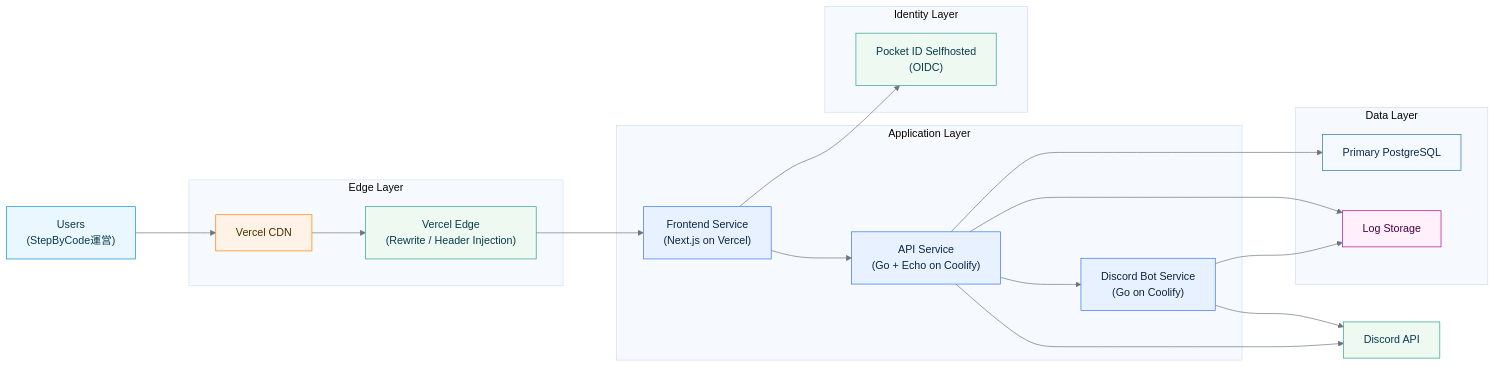
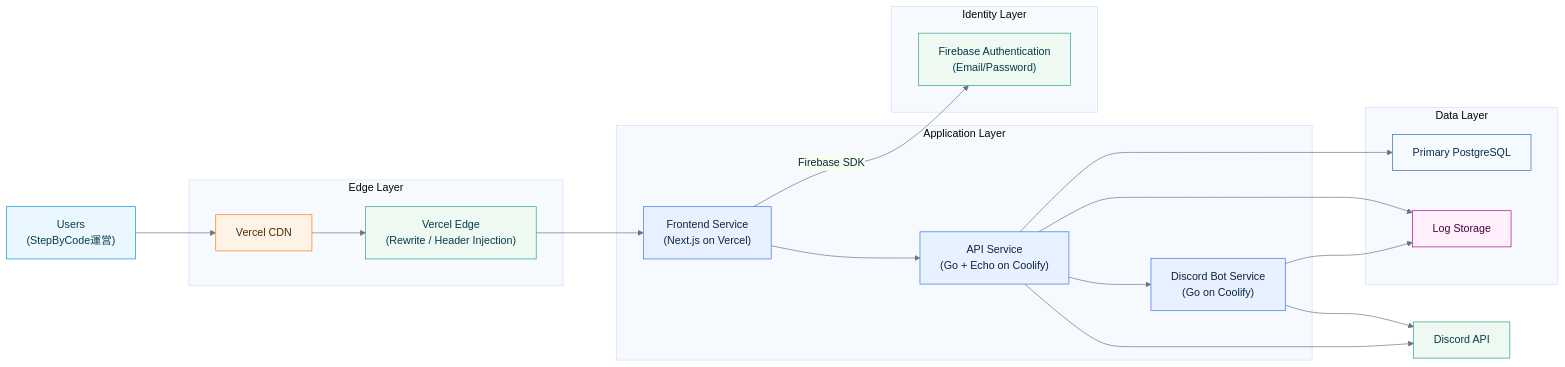
One commit to StepByCode/ashiato changed the diagram in doc/07_infrastructure.md. Above: the diagram before and after it, drawn with Mermaid. The commit also changed other lines of this file and 13 other files, not shown here.

First line of the commit message:
OIDC/Pocket ID を廃止し Firebase Email/Password ログインに移行

````diff
--- a/doc/07_infrastructure.md
+++ b/doc/07_infrastructure.md
@@ -5,57 +5,57 @@
 ```mermaid
 %%{init: {
   "theme": "base",
   "themeVariables": {
     "background": "#FFFFFF",
     "primaryColor": "#EEF5FF",
     "primaryTextColor": "#0A2540",
     "primaryBorderColor": "#3572EF",
     "lineColor": "#6B7280",
     "tertiaryColor": "#F6FAFF"
   },
   "flowchart": { "curve": "basis", "nodeSpacing": 60, "rankSpacing": 80 }
 }}%%
 flowchart LR
     USER["Users<br/>(StepByCode運営)"]:::entry
 
     subgraph EDGE["Edge Layer"]
         CDN["Vercel CDN"]:::edge
         EDGE_FUNC["Vercel Edge<br/>(Rewrite / Header Injection)"]:::svc
     end
 
     subgraph APP["Application Layer"]
         FE["Frontend Service<br/>(Next.js on Vercel)"]:::app
         API["API Service<br/>(Go + Echo on Coolify)"]:::app
         BOT["Discord Bot Service<br/>(Go on Coolify)"]:::app
     end
 
     subgraph IDENTITY["Identity Layer"]
-        IDP["Pocket ID Selfhosted<br/>(OIDC)"]:::svc
+        IDP["Firebase Authentication<br/>(Email/Password)"]:::svc
     end
 
     subgraph DATA["Data Layer"]
         RDB["Primary PostgreSQL"]:::db
         LOGS["Log Storage"]:::data
     end
 
     DISCORD["Discord API"]:::svc
 
     USER --> CDN
     CDN --> EDGE_FUNC
     EDGE_FUNC --> FE
-    FE --> IDP
+    FE -->|Firebase SDK| IDP
     FE --> API
     API --> RDB
     API --> LOGS
     BOT --> LOGS
     API --> BOT
     API --> DISCORD
     BOT --> DISCORD
 
     classDef edge fill:#fff2e6,stroke:#ff7a00,color:#4a2f00;
     classDef svc fill:#eef9f1,stroke:#2a9d8f,color:#073b4c;
     classDef app fill:#e8f1ff,stroke:#3572ef,color:#0a2540;
     classDef entry fill:#eaf7ff,stroke:#0091d5,color:#073b4c;
     classDef db fill:#f5faff,stroke:#2b6cb0,color:#0a2a4a;
     classDef data fill:#fff0fb,stroke:#b1008a,color:#4a0040;
 ```
````
